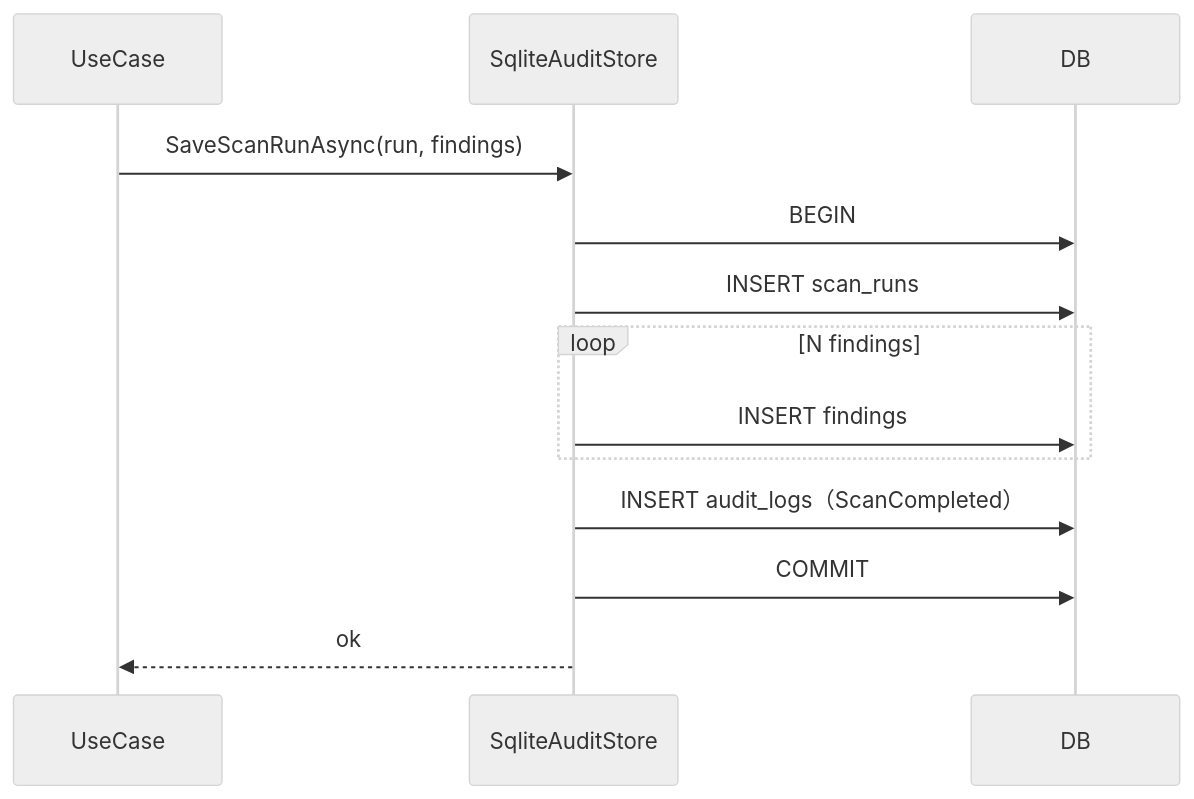
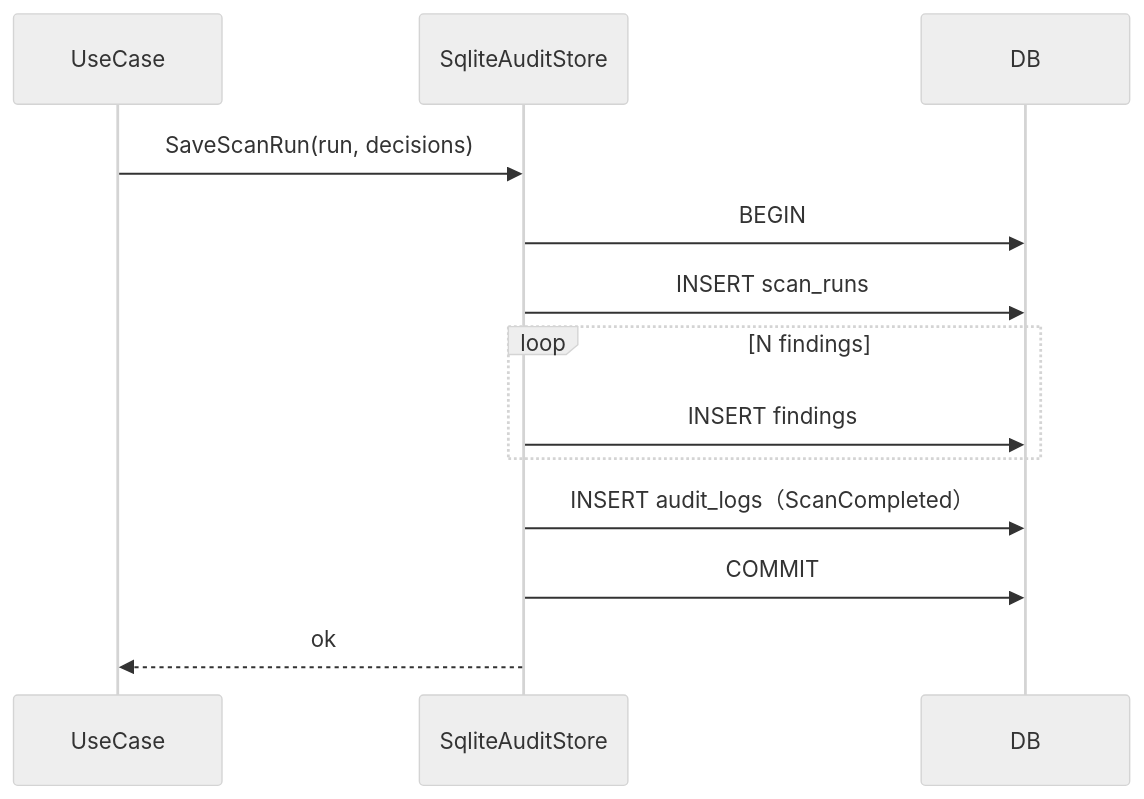
Before and after one commit to Camefor/GitGuard: the first of 2 diagrams in docs/模块设计/Audit.md, drawn with Mermaid (neutral theme). The commit also changed other lines of this file and 33 other files, not shown here.

````diff
--- a/docs/模块设计/Audit.md
+++ b/docs/模块设计/Audit.md
@@ -61,16 +61,16 @@
 ```mermaid
 sequenceDiagram
     participant App as UseCase
     participant Store as SqliteAuditStore
     participant DB
 
-    App->>Store: SaveScanRunAsync(run, findings)
+    App->>Store: SaveScanRun(run, decisions)
     Store->>DB: BEGIN
     Store->>DB: INSERT scan_runs
     loop N findings
         Store->>DB: INSERT findings
     end
     Store->>DB: INSERT audit_logs（ScanCompleted）
     Store->>DB: COMMIT
     Store-->>App: ok
 ```
````
